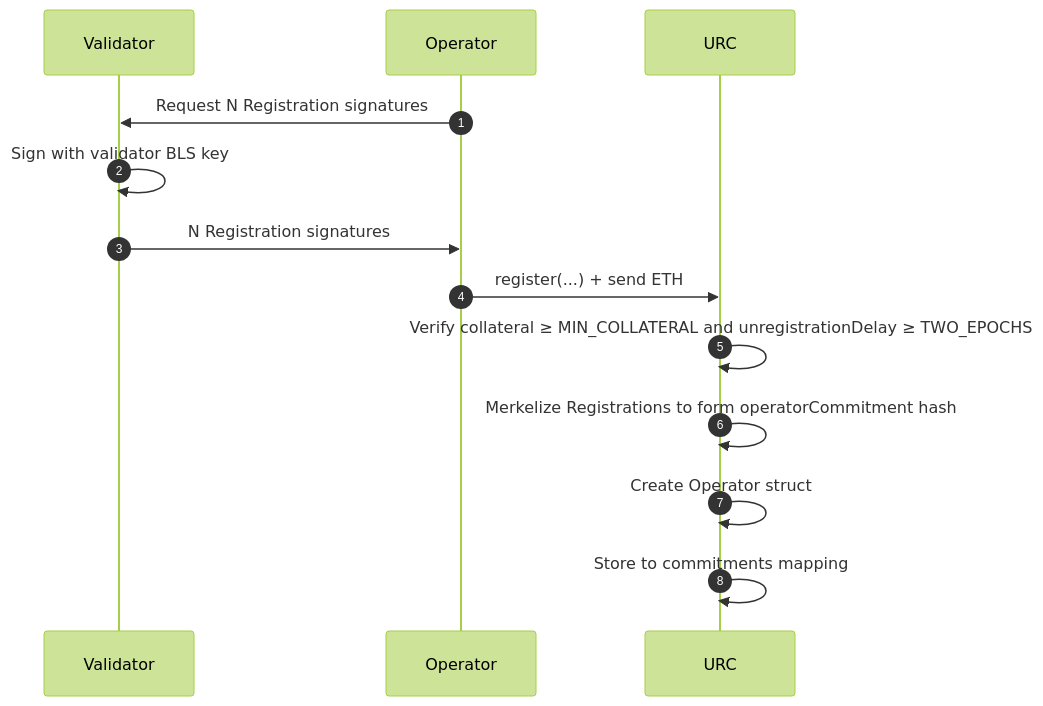
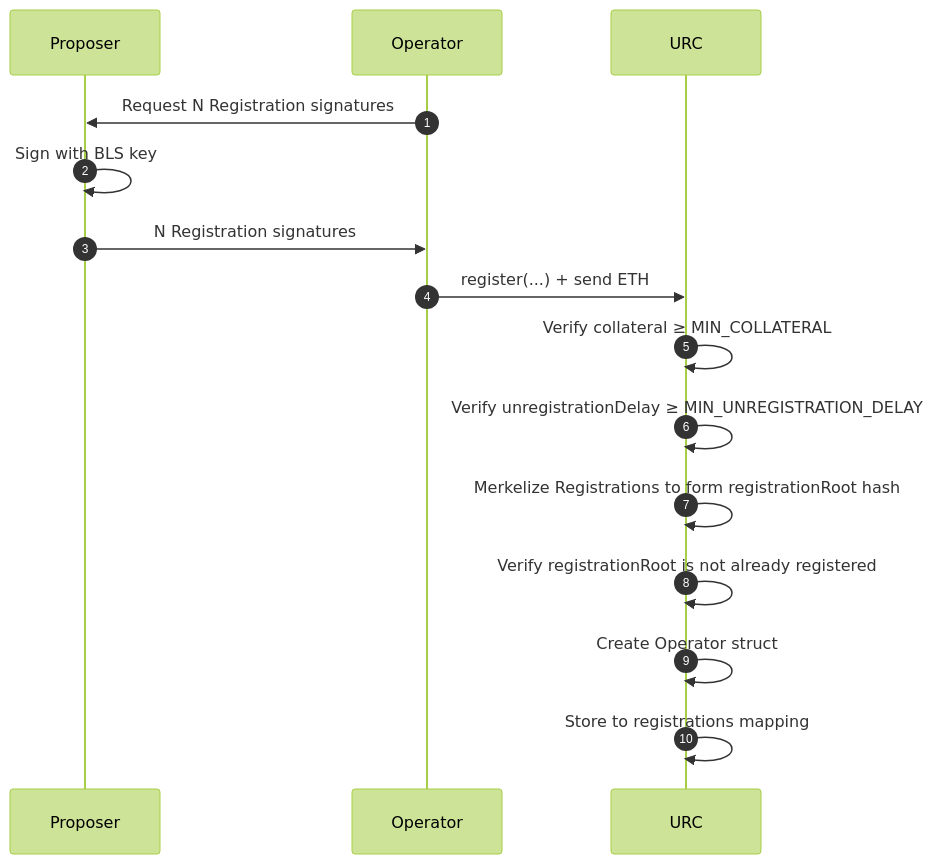
The first of 2 diagrams in docs/overview.md (ethereum-commitments/urc), drawn with Mermaid (forest theme) before and after one commit. The commit also changed other lines of this file and 1 other file, not shown here.

Commit message:
update register() and slashRegistration() docs

````diff
--- a/docs/overview.md
+++ b/docs/overview.md
@@ -92,17 +104,19 @@
 ```mermaid
 sequenceDiagram
 autonumber
-    participant Validator
+    participant Proposer
     participant Operator
     participant URC
     
-    Operator->>Validator: Request N Registration signatures
-    Validator->>Validator: Sign with validator BLS key
-    Validator->>Operator: N Registration signatures
+    Operator->>Proposer: Request N Registration signatures
+    Proposer->>Proposer: Sign with BLS key
+    Proposer->>Operator: N Registration signatures
 
     Operator->>URC: register(...) + send ETH
-    URC->>URC: Verify collateral ≥ MIN_COLLATERAL and unregistrationDelay ≥ TWO_EPOCHS
-    URC->>URC: Merkelize Registrations to form operatorCommitment hash
+    URC->>URC: Verify collateral ≥ MIN_COLLATERAL
+    URC->>URC: Verify unregistrationDelay ≥ MIN_UNREGISTRATION_DELAY
+    URC->>URC: Merkelize Registrations to form registrationRoot hash
+    URC->>URC: Verify registrationRoot is not already registered
     URC->>URC: Create Operator struct
-    URC->>URC: Store to commitments mapping
+    URC->>URC: Store to registrations mapping
 ```
````
